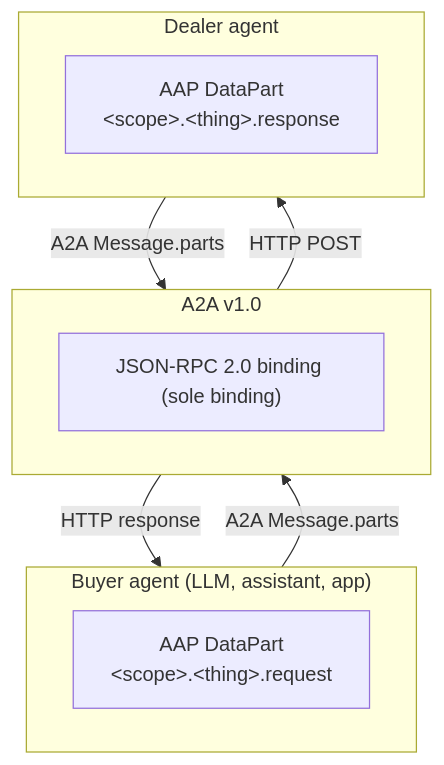
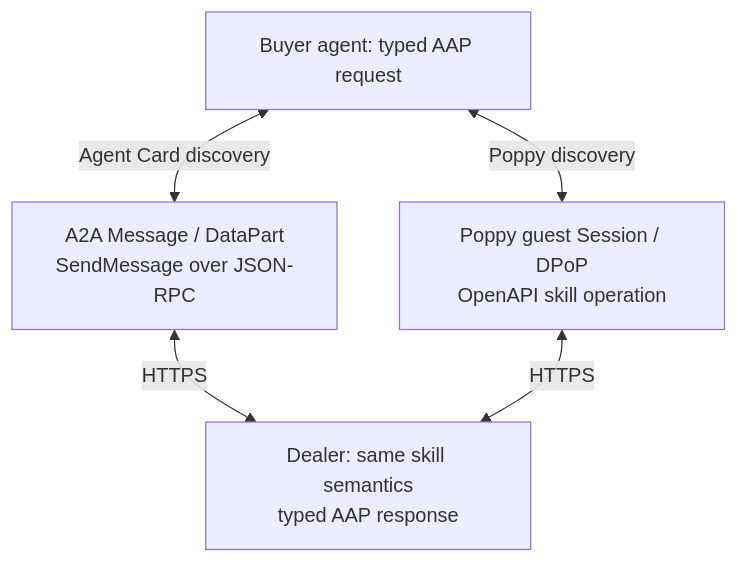
The diagram in docs/intro.md (auto-agent-protocol/auto-agent-protocol), drawn with Mermaid before and after one commit. The commit also changed other lines of this file and 212 other files, not shown here.

Commit message:
feat: release AAP 2.0.0 with Personal Agent Protocol support

````diff
--- a/docs/intro.md
+++ b/docs/intro.md
@@ -55,20 +55,11 @@
 ```mermaid
 flowchart TB
-  subgraph Buyer["Buyer agent (LLM, assistant, app)"]
-    BA["AAP DataPart<br/>&lt;scope&gt;.&lt;thing&gt;.request"]
-  end
-
-  subgraph A2A["A2A v1.0"]
-    direction LR
-    JR["JSON-RPC 2.0 binding (sole binding)"]
-  end
-
-  subgraph Dealer["Dealer agent"]
-    DA["AAP DataPart<br/>&lt;scope&gt;.&lt;thing&gt;.response"]
-  end
-
-  Buyer -->|A2A Message.parts| A2A
-  A2A -->|HTTP POST| Dealer
-  Dealer -->|A2A Message.parts| A2A
-  A2A -->|HTTP response| Buyer
+  Buyer["Buyer agent: typed AAP request"]
+  A2A["A2A Message / DataPart<br/>SendMessage over JSON-RPC"]
+  Poppy["Poppy guest Session / DPoP<br/>OpenAPI skill operation"]
+  Dealer["Dealer: same skill semantics<br/>typed AAP response"]
+  Buyer <-->|"Agent Card discovery"| A2A
+  Buyer <-->|"Poppy discovery"| Poppy
+  A2A <-->|"HTTPS"| Dealer
+  Poppy <-->|"HTTPS"| Dealer
 ```
````
